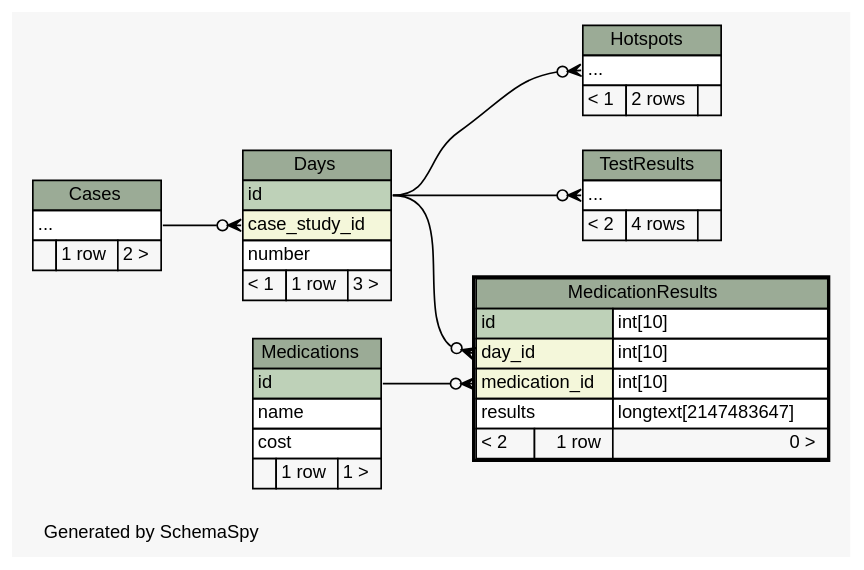
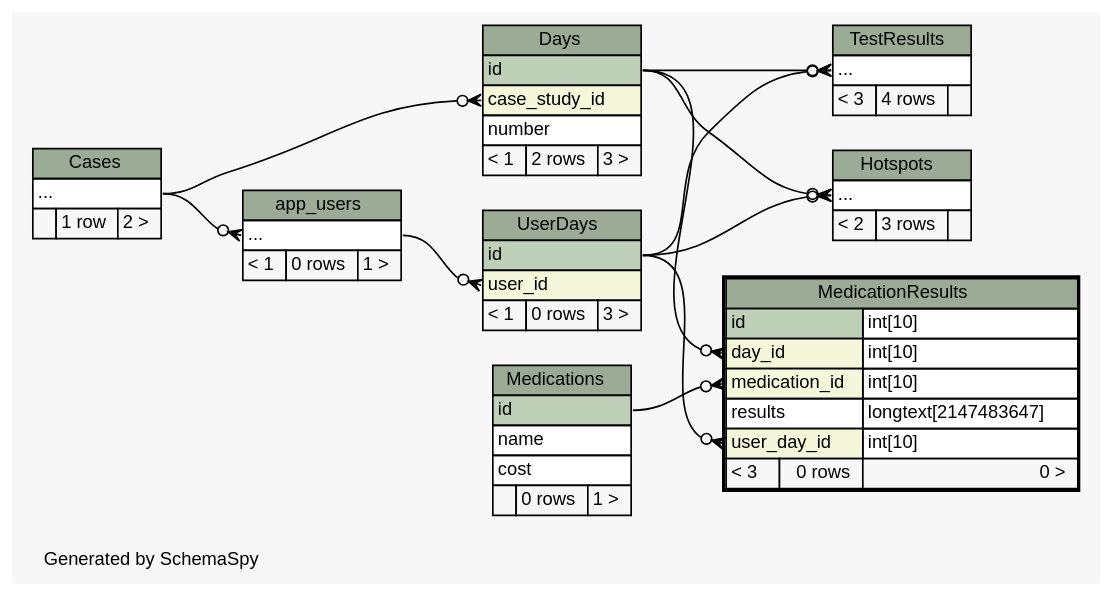
The diagram in web/files/schema/diagrams/MedicationResults.2degrees.dot (carrel2/CaseStudies), drawn with Graphviz before and after one commit. The commit also changed 88 other files, not shown here.

Commit message:
Add table to store user input, for use to compare with original case and review after completion

```diff
--- a/web/files/schema/diagrams/MedicationResults.2degrees.dot
+++ b/web/files/schema/diagrams/MedicationResults.2degrees.dot
@@ -1,94 +1,121 @@
-// dot 2.38.0 on Linux 4.4.0-62-generic
+// dot 2.38.0 on Linux 4.4.0-64-generic
 // SchemaSpy rev 590
 digraph "twoDegreesRelationshipsDiagram" {
   graph [
     rankdir="RL"
     bgcolor="#f7f7f7"
     label="\nGenerated by SchemaSpy"
     labeljust="l"
     nodesep="0.18"
     ranksep="0.46"
     fontname="Helvetica"
     fontsize="11"
   ];
   node [
     fontname="Helvetica"
     fontsize="11"
     shape="plaintext"
   ];
   edge [
     arrowsize="0.8"
   ];
+  "app_users":"elipses":w -> "Cases":"elipses":e [arrowhead=none dir=back arrowtail=crowodot];
   "Days":"case_study_id":w -> "Cases":"elipses":e [arrowhead=none dir=back arrowtail=crowodot];
   "Hotspots":"elipses":w -> "Days":"id":e [arrowhead=none dir=back arrowtail=crowodot];
+  "Hotspots":"elipses":w -> "UserDays":"id":e [arrowhead=none dir=back arrowtail=crowodot];
   "MedicationResults":"day_id":w -> "Days":"id":e [arrowhead=none dir=back arrowtail=crowodot];
   "MedicationResults":"medication_id":w -> "Medications":"id":e [arrowhead=none dir=back arrowtail=crowodot];
+  "MedicationResults":"user_day_id":w -> "UserDays":"id":e [arrowhead=none dir=back arrowtail=crowodot];
   "TestResults":"elipses":w -> "Days":"id":e [arrowhead=none dir=back arrowtail=crowodot];
+  "TestResults":"elipses":w -> "UserDays":"id":e [arrowhead=none dir=back arrowtail=crowodot];
+  "UserDays":"user_id":w -> "app_users":"elipses":e [arrowhead=none dir=back arrowtail=crowodot];
+  "app_users" [
+    label=<
+    <TABLE BORDER="0" CELLBORDER="1" CELLSPACING="0" BGCOLOR="#ffffff">
+      <TR><TD COLSPAN="3" BGCOLOR="#9bab96" ALIGN="CENTER">app_users</TD></TR>
+      <TR><TD PORT="elipses" COLSPAN="3" ALIGN="LEFT">...</TD></TR>
+      <TR><TD ALIGN="LEFT" BGCOLOR="#f7f7f7">&lt; 1</TD><TD ALIGN="RIGHT" BGCOLOR="#f7f7f7">0 rows</TD><TD ALIGN="RIGHT" BGCOLOR="#f7f7f7">1 &gt;</TD></TR>
+    </TABLE>>
+    URL="app_users.html"
+    tooltip="app_users"
+  ];
   "Cases" [
     label=<
     <TABLE BORDER="0" CELLBORDER="1" CELLSPACING="0" BGCOLOR="#ffffff">
       <TR><TD COLSPAN="3" BGCOLOR="#9bab96" ALIGN="CENTER">Cases</TD></TR>
       <TR><TD PORT="elipses" COLSPAN="3" ALIGN="LEFT">...</TD></TR>
       <TR><TD ALIGN="LEFT" BGCOLOR="#f7f7f7">  </TD><TD ALIGN="RIGHT" BGCOLOR="#f7f7f7">1 row</TD><TD ALIGN="RIGHT" BGCOLOR="#f7f7f7">2 &gt;</TD></TR>
     </TABLE>>
     URL="Cases.html"
     tooltip="Cases"
   ];
   "Days" [
     label=<
     <TABLE BORDER="0" CELLBORDER="1" CELLSPACING="0" BGCOLOR="#ffffff">
       <TR><TD COLSPAN="3" BGCOLOR="#9bab96" ALIGN="CENTER">Days</TD></TR>
       <TR><TD PORT="id" COLSPAN="3" BGCOLOR="#bed1b8" ALIGN="LEFT">id</TD></TR>
       <TR><TD PORT="case_study_id" COLSPAN="3" BGCOLOR="#f4f7da" ALIGN="LEFT">case_study_id</TD></TR>
       <TR><TD PORT="number" COLSPAN="3" ALIGN="LEFT">number</TD></TR>
-      <TR><TD ALIGN="LEFT" BGCOLOR="#f7f7f7">&lt; 1</TD><TD ALIGN="RIGHT" BGCOLOR="#f7f7f7">1 row</TD><TD ALIGN="RIGHT" BGCOLOR="#f7f7f7">3 &gt;</TD></TR>
+      <TR><TD ALIGN="LEFT" BGCOLOR="#f7f7f7">&lt; 1</TD><TD ALIGN="RIGHT" BGCOLOR="#f7f7f7">2 rows</TD><TD ALIGN="RIGHT" BGCOLOR="#f7f7f7">3 &gt;</TD></TR>
     </TABLE>>
     URL="Days.html"
     tooltip="Days"
   ];
   "Hotspots" [
     label=<
     <TABLE BORDER="0" CELLBORDER="1" CELLSPACING="0" BGCOLOR="#ffffff">
       <TR><TD COLSPAN="3" BGCOLOR="#9bab96" ALIGN="CENTER">Hotspots</TD></TR>
       <TR><TD PORT="elipses" COLSPAN="3" ALIGN="LEFT">...</TD></TR>
-      <TR><TD ALIGN="LEFT" BGCOLOR="#f7f7f7">&lt; 1</TD><TD ALIGN="RIGHT" BGCOLOR="#f7f7f7">2 rows</TD><TD ALIGN="RIGHT" BGCOLOR="#f7f7f7">  </TD></TR>
+      <TR><TD ALIGN="LEFT" BGCOLOR="#f7f7f7">&lt; 2</TD><TD ALIGN="RIGHT" BGCOLOR="#f7f7f7">3 rows</TD><TD ALIGN="RIGHT" BGCOLOR="#f7f7f7">  </TD></TR>
     </TABLE>>
     URL="Hotspots.html"
     tooltip="Hotspots"
   ];
   "MedicationResults" [
     label=<
     <TABLE BORDER="2" CELLBORDER="1" CELLSPACING="0" BGCOLOR="#ffffff">
       <TR><TD COLSPAN="3" BGCOLOR="#9bab96" ALIGN="CENTER">MedicationResults</TD></TR>
       <TR><TD PORT="id" COLSPAN="2" BGCOLOR="#bed1b8" ALIGN="LEFT">id</TD><TD PORT="id.type" ALIGN="LEFT">int[10]</TD></TR>
       <TR><TD PORT="day_id" COLSPAN="2" BGCOLOR="#f4f7da" ALIGN="LEFT">day_id</TD><TD PORT="day_id.type" ALIGN="LEFT">int[10]</TD></TR>
       <TR><TD PORT="medication_id" COLSPAN="2" BGCOLOR="#f4f7da" ALIGN="LEFT">medication_id</TD><TD PORT="medication_id.type" ALIGN="LEFT">int[10]</TD></TR>
       <TR><TD PORT="results" COLSPAN="2" ALIGN="LEFT">results</TD><TD PORT="results.type" ALIGN="LEFT">longtext[2147483647]</TD></TR>
-      <TR><TD ALIGN="LEFT" BGCOLOR="#f7f7f7">&lt; 2</TD><TD ALIGN="RIGHT" BGCOLOR="#f7f7f7">1 row</TD><TD ALIGN="RIGHT" BGCOLOR="#f7f7f7">0 &gt;</TD></TR>
+      <TR><TD PORT="user_day_id" COLSPAN="2" BGCOLOR="#f4f7da" ALIGN="LEFT">user_day_id</TD><TD PORT="user_day_id.type" ALIGN="LEFT">int[10]</TD></TR>
+      <TR><TD ALIGN="LEFT" BGCOLOR="#f7f7f7">&lt; 3</TD><TD ALIGN="RIGHT" BGCOLOR="#f7f7f7">0 rows</TD><TD ALIGN="RIGHT" BGCOLOR="#f7f7f7">0 &gt;</TD></TR>
     </TABLE>>
     URL="MedicationResults.html"
     tooltip="MedicationResults"
   ];
   "Medications" [
     label=<
     <TABLE BORDER="0" CELLBORDER="1" CELLSPACING="0" BGCOLOR="#ffffff">
       <TR><TD COLSPAN="3" BGCOLOR="#9bab96" ALIGN="CENTER">Medications</TD></TR>
       <TR><TD PORT="id" COLSPAN="3" BGCOLOR="#bed1b8" ALIGN="LEFT">id</TD></TR>
       <TR><TD PORT="name" COLSPAN="3" ALIGN="LEFT">name</TD></TR>
       <TR><TD PORT="cost" COLSPAN="3" ALIGN="LEFT">cost</TD></TR>
-      <TR><TD ALIGN="LEFT" BGCOLOR="#f7f7f7">  </TD><TD ALIGN="RIGHT" BGCOLOR="#f7f7f7">1 row</TD><TD ALIGN="RIGHT" BGCOLOR="#f7f7f7">1 &gt;</TD></TR>
+      <TR><TD ALIGN="LEFT" BGCOLOR="#f7f7f7">  </TD><TD ALIGN="RIGHT" BGCOLOR="#f7f7f7">0 rows</TD><TD ALIGN="RIGHT" BGCOLOR="#f7f7f7">1 &gt;</TD></TR>
     </TABLE>>
     URL="Medications.html"
     tooltip="Medications"
   ];
   "TestResults" [
     label=<
     <TABLE BORDER="0" CELLBORDER="1" CELLSPACING="0" BGCOLOR="#ffffff">
       <TR><TD COLSPAN="3" BGCOLOR="#9bab96" ALIGN="CENTER">TestResults</TD></TR>
       <TR><TD PORT="elipses" COLSPAN="3" ALIGN="LEFT">...</TD></TR>
-      <TR><TD ALIGN="LEFT" BGCOLOR="#f7f7f7">&lt; 2</TD><TD ALIGN="RIGHT" BGCOLOR="#f7f7f7">4 rows</TD><TD ALIGN="RIGHT" BGCOLOR="#f7f7f7">  </TD></TR>
+      <TR><TD ALIGN="LEFT" BGCOLOR="#f7f7f7">&lt; 3</TD><TD ALIGN="RIGHT" BGCOLOR="#f7f7f7">4 rows</TD><TD ALIGN="RIGHT" BGCOLOR="#f7f7f7">  </TD></TR>
     </TABLE>>
     URL="TestResults.html"
     tooltip="TestResults"
   ];
+  "UserDays" [
+    label=<
+    <TABLE BORDER="0" CELLBORDER="1" CELLSPACING="0" BGCOLOR="#ffffff">
+      <TR><TD COLSPAN="3" BGCOLOR="#9bab96" ALIGN="CENTER">UserDays</TD></TR>
+      <TR><TD PORT="id" COLSPAN="3" BGCOLOR="#bed1b8" ALIGN="LEFT">id</TD></TR>
+      <TR><TD PORT="user_id" COLSPAN="3" BGCOLOR="#f4f7da" ALIGN="LEFT">user_id</TD></TR>
+      <TR><TD ALIGN="LEFT" BGCOLOR="#f7f7f7">&lt; 1</TD><TD ALIGN="RIGHT" BGCOLOR="#f7f7f7">0 rows</TD><TD ALIGN="RIGHT" BGCOLOR="#f7f7f7">3 &gt;</TD></TR>
+    </TABLE>>
+    URL="UserDays.html"
+    tooltip="UserDays"
+  ];
 }
```
